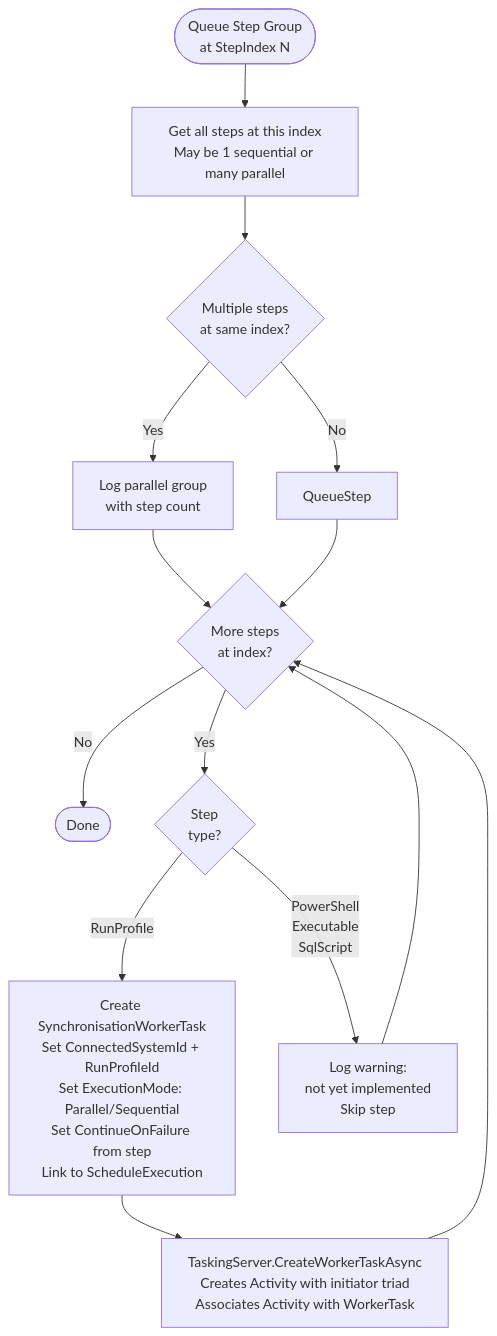
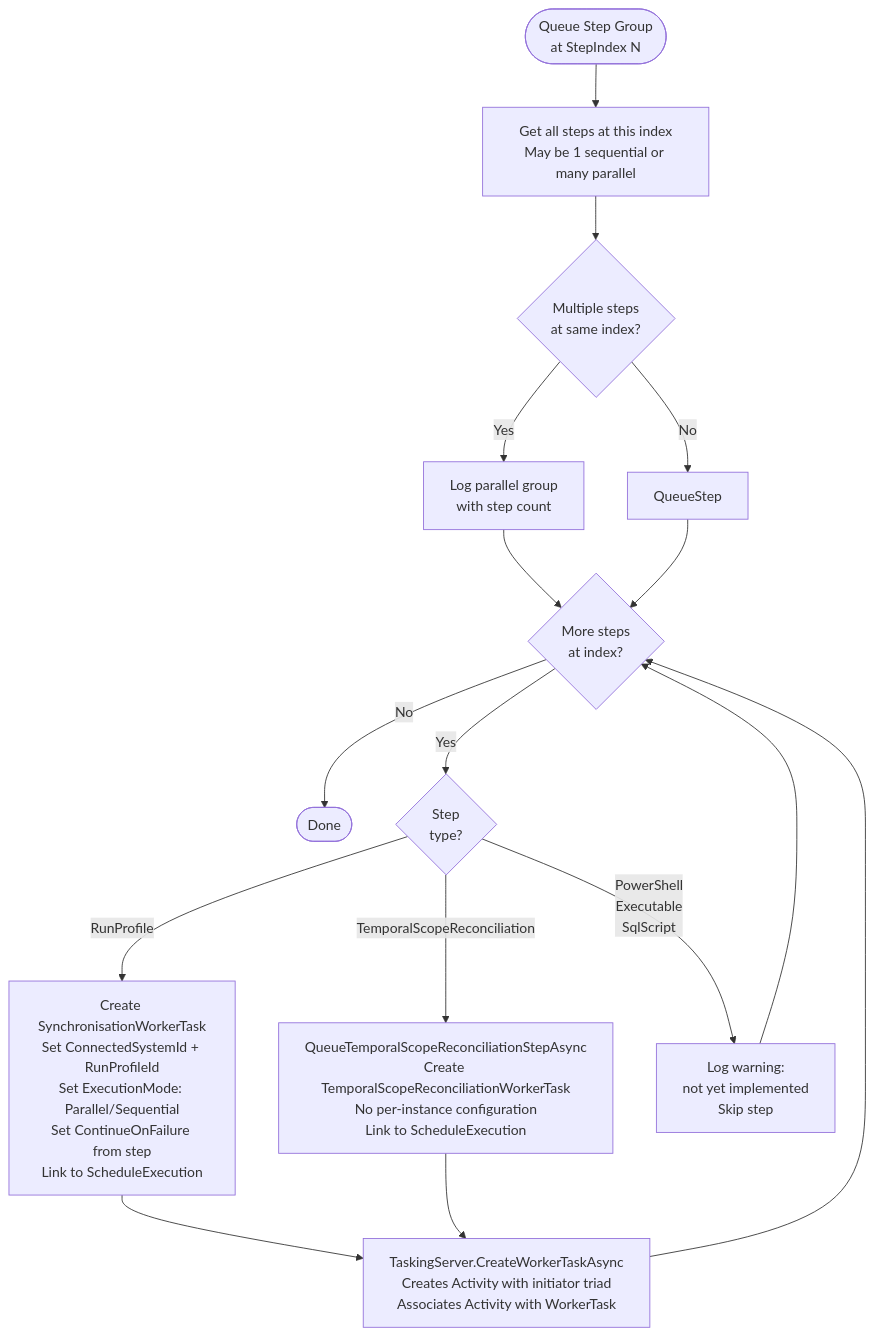
One commit to TetronIO/JIM changed the third of 6 diagrams in docs/developer/diagrams/SCHEDULE_EXECUTION_LIFECYCLE.md. Above: the diagram before and after it, drawn with Mermaid. The commit also changed other lines of this file and 32 other files, not shown here.

````diff
--- a/docs/developer/diagrams/SCHEDULE_EXECUTION_LIFECYCLE.md
+++ b/docs/developer/diagrams/SCHEDULE_EXECUTION_LIFECYCLE.md
@@ -66,20 +68,22 @@
 ```mermaid
 flowchart TD
     QueueGroup([Queue Step Group<br/>at StepIndex N]) --> GetSteps[Get all steps at this index<br/>May be 1 sequential or many parallel]
     GetSteps --> IsParallel{Multiple steps<br/>at same index?}
     IsParallel -->|Yes| LogParallel[Log parallel group<br/>with step count]
     IsParallel -->|No| QueueStep
 
     LogParallel --> ForEach{More steps<br/>at index?}
     QueueStep --> ForEach
 
     ForEach -->|No| Done([Done])
     ForEach -->|Yes| CheckType{Step<br/>type?}
 
     CheckType -->|RunProfile| CreateSyncTask[Create SynchronisationWorkerTask<br/>Set ConnectedSystemId + RunProfileId<br/>Set ExecutionMode: Parallel/Sequential<br/>Set ContinueOnFailure from step<br/>Link to ScheduleExecution]
+    CheckType -->|TemporalScopeReconciliation| CreateTemporalTask[QueueTemporalScopeReconciliationStepAsync<br/>Create TemporalScopeReconciliationWorkerTask<br/>No per-instance configuration<br/>Link to ScheduleExecution]
     CheckType -->|PowerShell<br/>Executable<br/>SqlScript| NotImpl[Log warning:<br/>not yet implemented<br/>Skip step]
 
     CreateSyncTask --> CreateActivity[TaskingServer.CreateWorkerTaskAsync<br/>Creates Activity with initiator triad<br/>Associates Activity with WorkerTask]
+    CreateTemporalTask --> CreateActivity
     CreateActivity --> ForEach
     NotImpl --> ForEach
 ```
````
